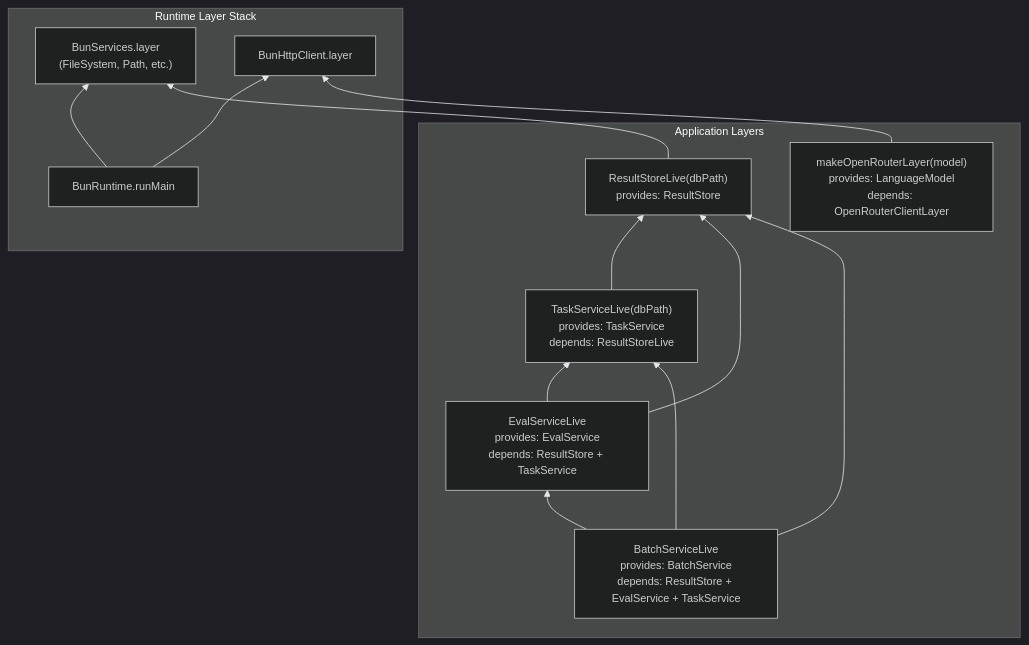
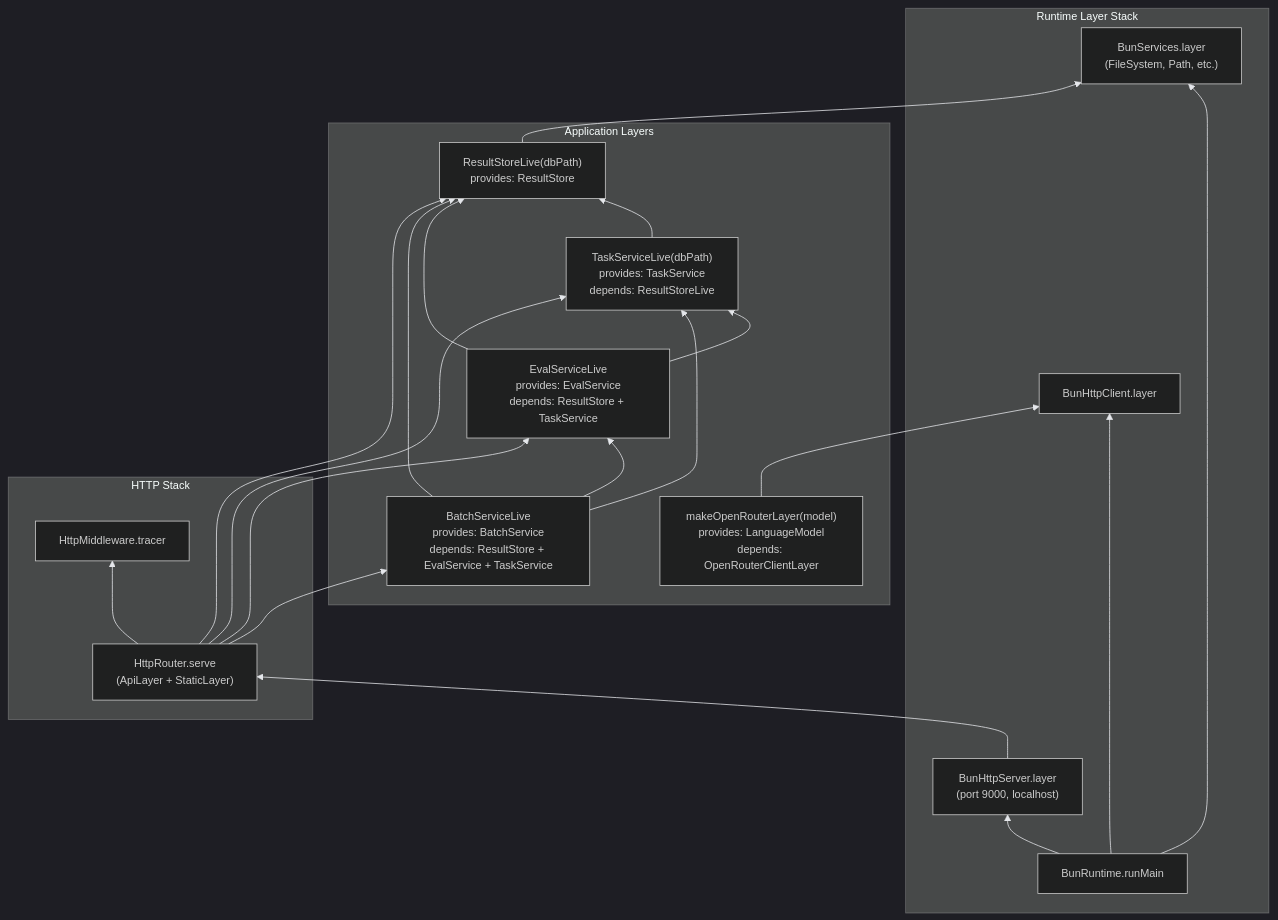
Before and after one commit to lambda-solver/lambdabench-pro: the seventh of 15 diagrams in docs/architecture-and-domain.md, drawn with Mermaid. The commit also changed other lines of this file and 43 other files, not shown here.

First line of the commit message:
feat: Phase 2-3 HTTP API, CLI, MCP, typed client + drift fixes

````diff
--- a/docs/architecture-and-domain.md
+++ b/docs/architecture-and-domain.md
@@ -452,38 +472,51 @@
 ```mermaid
 %%{init: {'theme': 'dark', 'themeVariables': { 
   'background': '#111827',
   'lineColor': '#e5e7eb',
   'primaryTextColor': '#ffffff',
   'secondaryTextColor': '#ffffff',
   'tertiaryTextColor': '#ffffff',
   'primaryBorderColor': '#00f0ff',
   'secondaryBorderColor': '#ff9900',
   'tertiaryBorderColor': '#ff3366',
   'fontSize': '14px'
 }}}%%
 graph BT
     subgraph "Runtime Layer Stack"
         A["BunRuntime.runMain"]
         B["BunServices.layer\n(FileSystem, Path, etc.)"]
         C["BunHttpClient.layer"]
+        I["BunHttpServer.layer\n(port 9000, localhost)"]
+    end
+
+    subgraph "HTTP Stack"
+        J["HttpRouter.serve\n(ApiLayer + StaticLayer)"]
+        K["HttpMiddleware.tracer"]
     end
 
     subgraph "Application Layers"
         D["ResultStoreLive(dbPath)\nprovides: ResultStore"]
         E["TaskServiceLive(dbPath)\nprovides: TaskService\ndepends: ResultStoreLive"]
         F["EvalServiceLive\nprovides: EvalService\ndepends: ResultStore + TaskService"]
         G["BatchServiceLive\nprovides: BatchService\ndepends: ResultStore + EvalService + TaskService"]
         H["makeOpenRouterLayer(model)\nprovides: LanguageModel\ndepends: OpenRouterClientLayer"]
     end
 
     A --> B
     A --> C
+    A --> I
     D --> B
     E --> D
     F --> E
     F --> D
     G --> F
     G --> E
     G --> D
     H --> C
+    J --> K
+    J --> D
+    J --> E
+    J --> F
+    J --> G
+    I --> J
 ```
````
